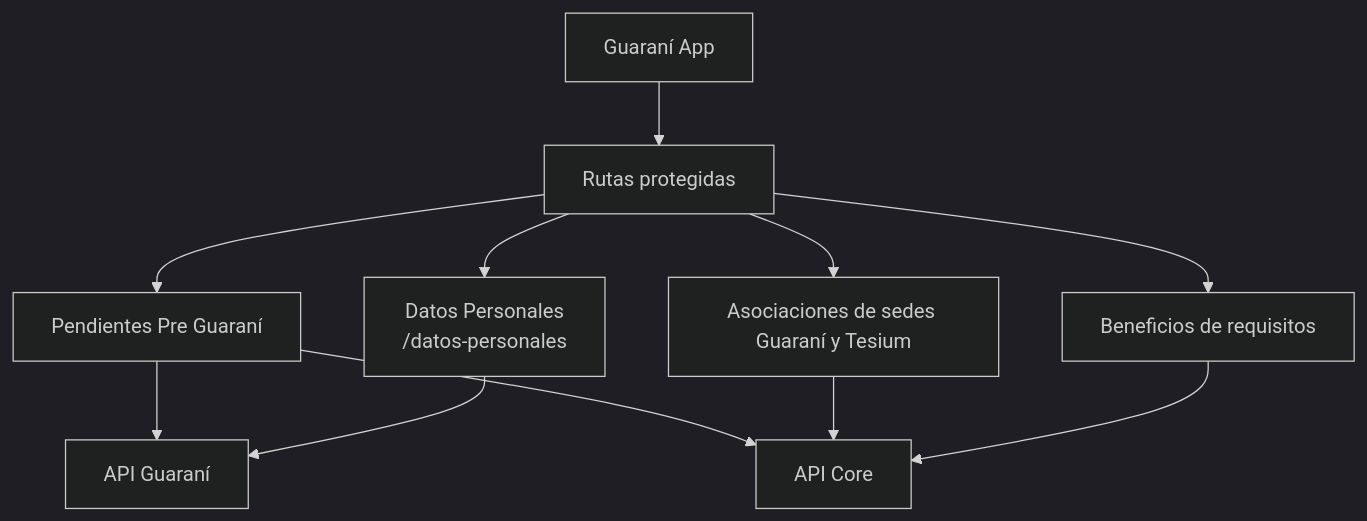
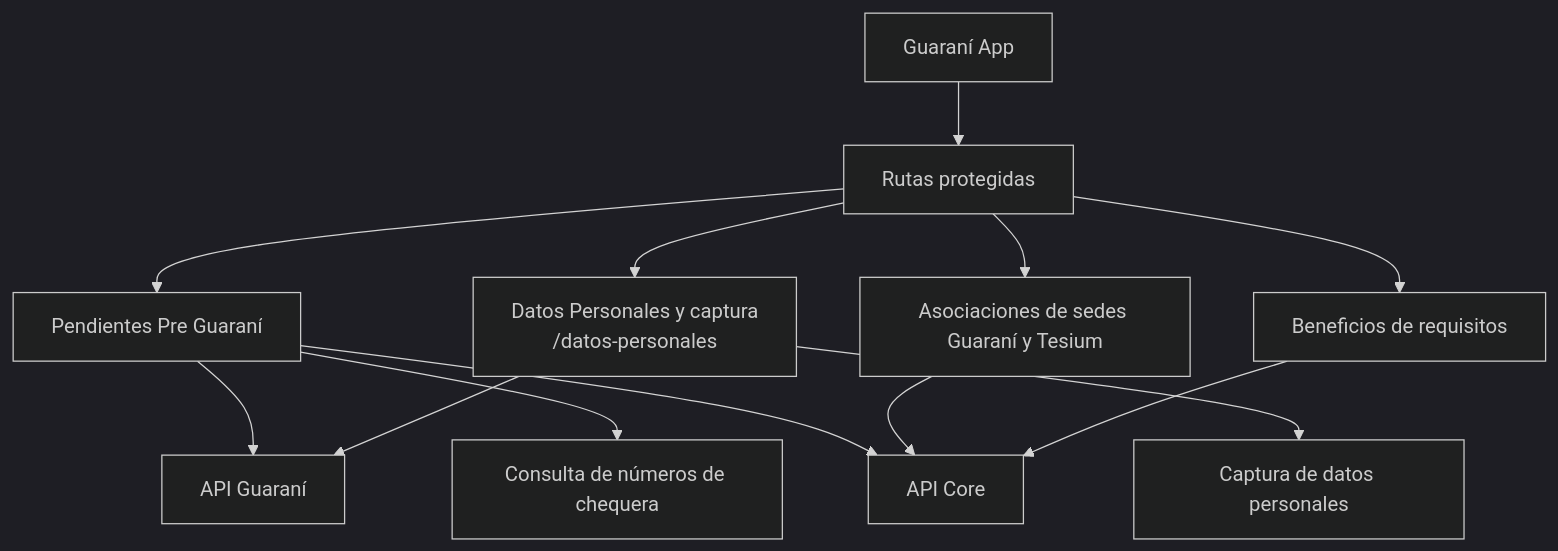
One commit to UM-services/UM.tesoreria.frontend-client changed the seventh of 8 diagrams in docs/architecture.md. Above: the diagram before and after it, drawn with Mermaid (dark theme). The commit also changed other lines of this file and 5 other files, not shown here.

````diff
--- a/docs/architecture.md
+++ b/docs/architecture.md
@@ -174,14 +174,16 @@
 ```mermaid
 flowchart TD
     GuaraniApp["Guaraní App"] --> AppRoutes["Rutas protegidas"]
     AppRoutes --> Pendientes["Pendientes Pre Guaraní"]
     AppRoutes --> Ubicaciones["Asociaciones de sedes Guaraní y Tesium"]
     AppRoutes --> Beneficios["Beneficios de requisitos"]
-    AppRoutes --> Datos["Datos Personales<br/>/datos-personales"]
+    AppRoutes --> Datos["Datos Personales y captura<br/>/datos-personales"]
 
     Pendientes --> GuaraniAPI["API Guaraní"]
+    Pendientes --> Chequeras["Consulta de números de chequera"]
     Pendientes --> CoreAPI
     Ubicaciones --> CoreAPI["API Core"]
     Beneficios --> CoreAPI
     Datos --> GuaraniAPI
+    Datos --> Captura["Captura de datos personales"]
 ```
````
